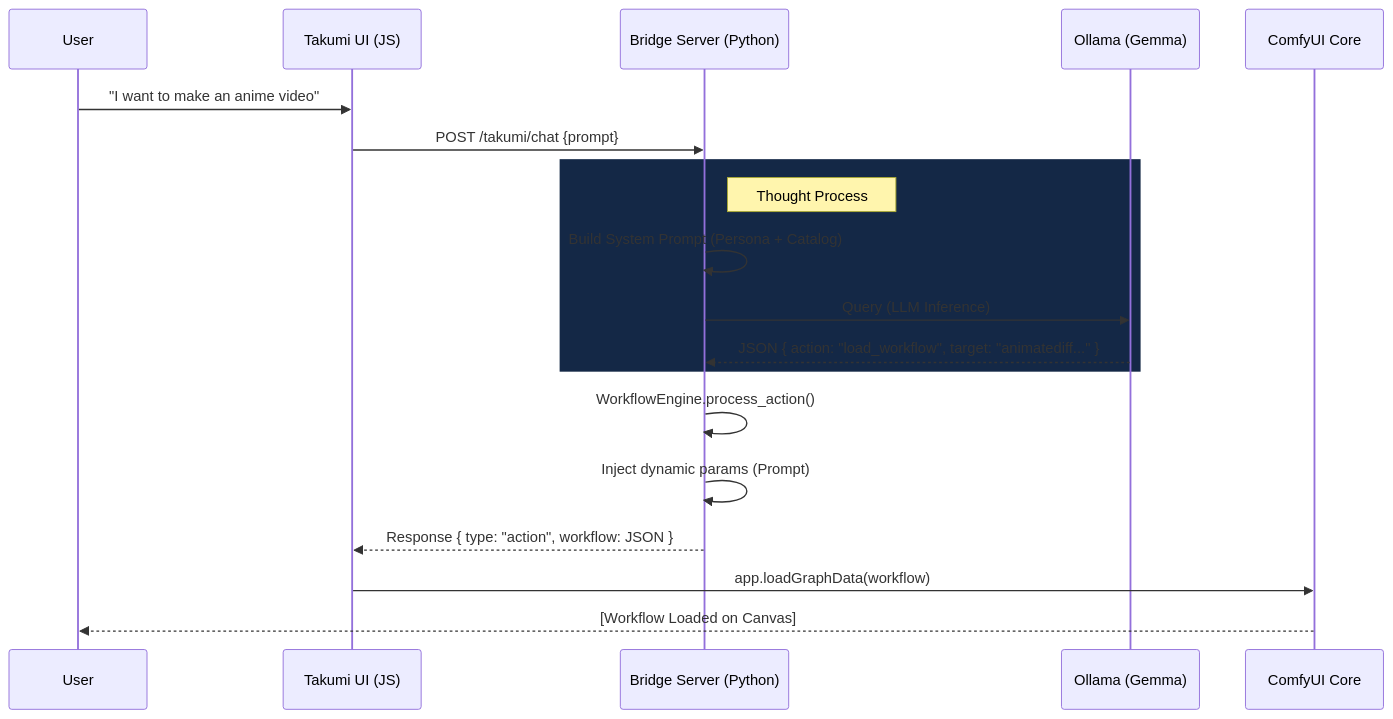
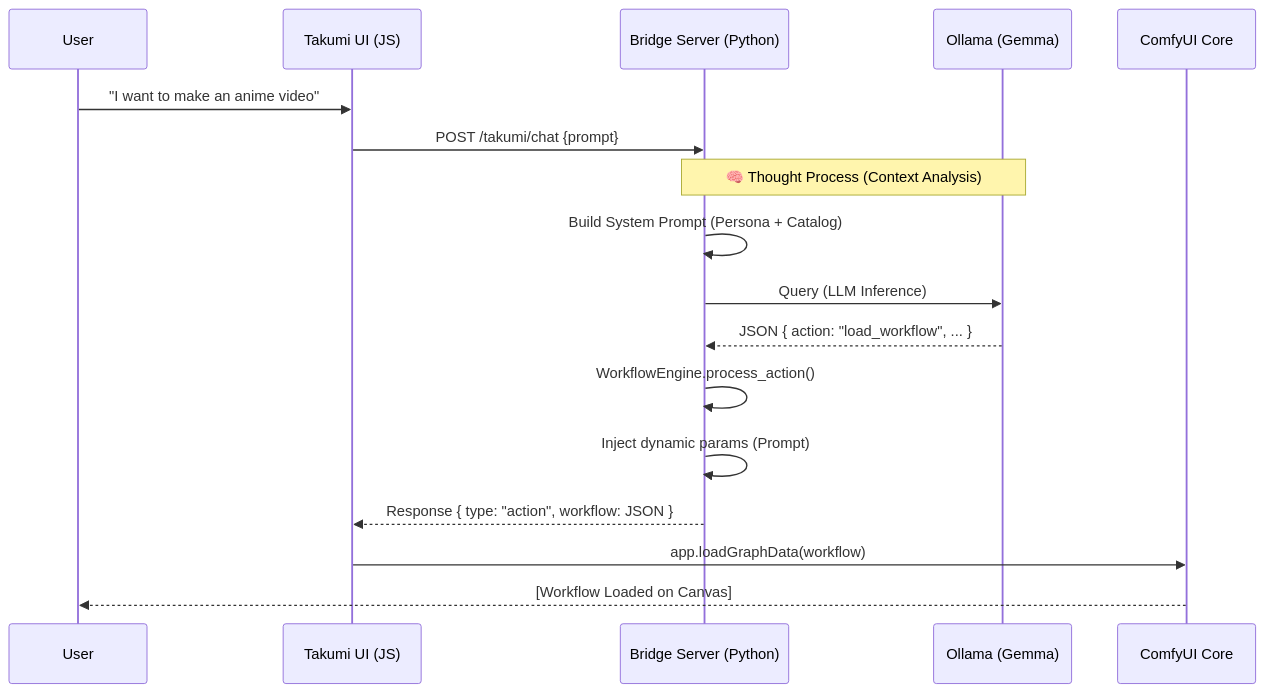
The third of 4 diagrams in architecture.md (roguelikeCode/takumi-comfyui-advisor), drawn with Mermaid before and after one commit. The commit also changed other lines of this file, not shown here.

Commit message:
chore(architecture.md): fix mermaid colors for github visibility

````diff
--- a/architecture.md
+++ b/architecture.md
@@ -121,27 +129,27 @@
 ```mermaid
 sequenceDiagram
     %% --- Configuration ---
     participant User
     participant UI as Takumi UI (JS)
     participant Server as Bridge Server (Python)
     participant AI as Ollama (Gemma)
     participant Comfy as ComfyUI Core
 
     User->>UI: "I want to make an anime video"
     UI->>Server: POST /takumi/chat {prompt}
     
-    %% Takumi's Brain Process (Dark Blue Background)
-    rect rgb(20, 40, 70)
-        note right of Server: Thought Process
-        Server->>Server: Build System Prompt (Persona + Catalog)
-        Server->>AI: Query (LLM Inference)
-        AI-->>Server: JSON { action: "load_workflow", target: "animatediff..." }
-    end
+    %% Takumi's Brain Process
+    %% Using Note instead of rect ensures text is readable on all themes
+    Note over Server, AI: 🧠 Thought Process (Context Analysis)
+    
+    Server->>Server: Build System Prompt (Persona + Catalog)
+    Server->>AI: Query (LLM Inference)
+    AI-->>Server: JSON { action: "load_workflow", ... }
     
     Server->>Server: WorkflowEngine.process_action()
     Server->>Server: Inject dynamic params (Prompt)
     
     Server-->>UI: Response { type: "action", workflow: JSON }
     UI->>Comfy: app.loadGraphData(workflow)
     Comfy-->>User: [Workflow Loaded on Canvas]
 ```
````
